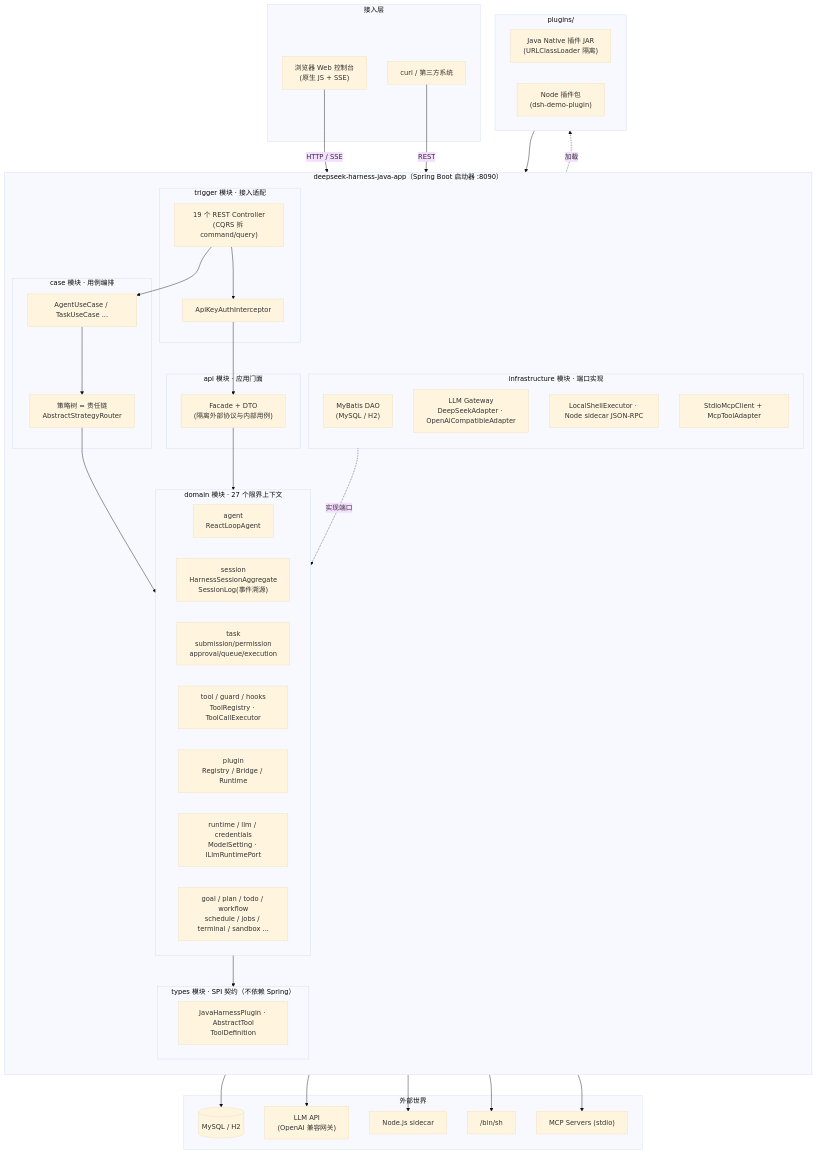
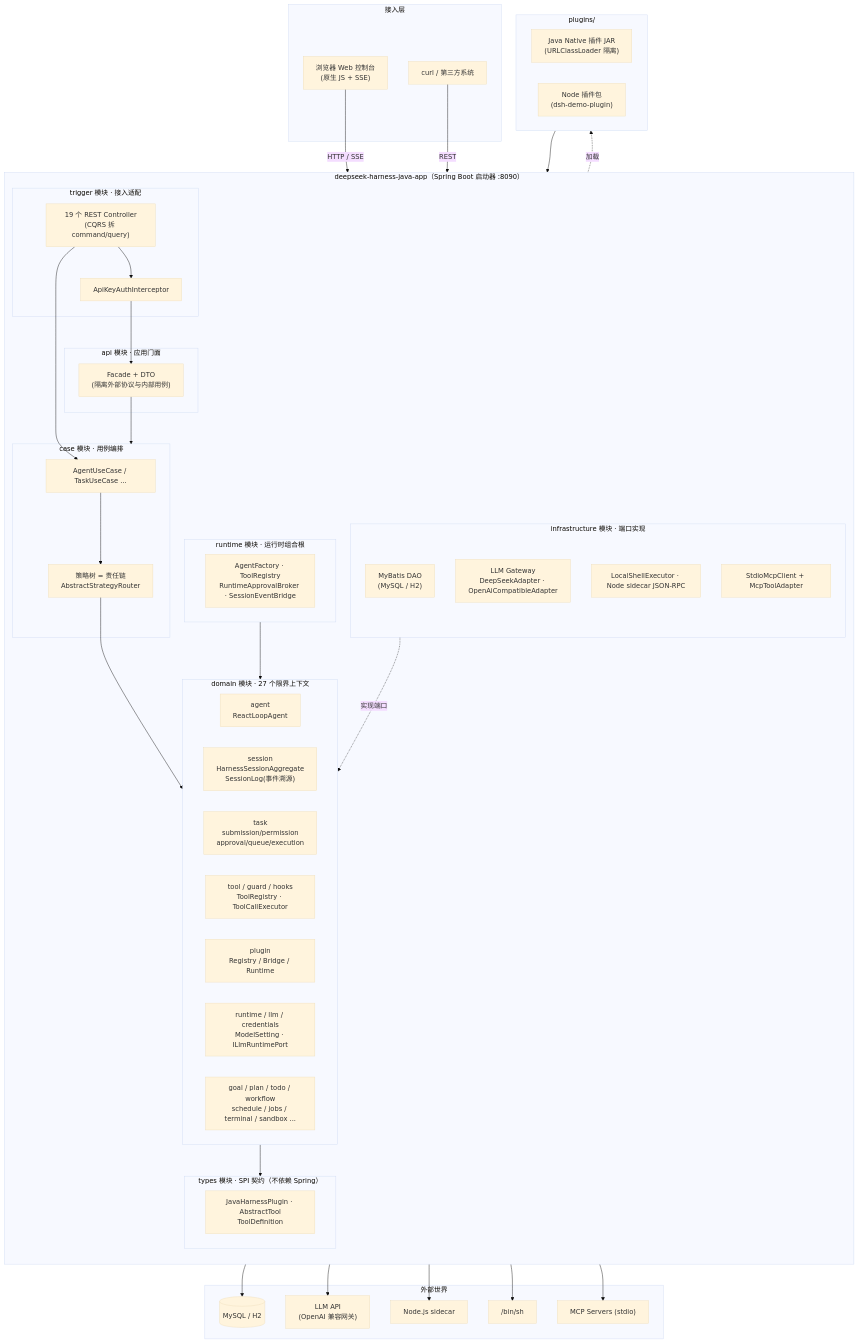
The first of 3 diagrams in README.md (Jaffrey29/XfgHarness), drawn with Mermaid (base theme) before and after one commit. The commit also changed other lines of this file and 354 other files, not shown here.

````diff
--- a/README.md
+++ b/README.md
@@ -224,76 +226,81 @@
 ```mermaid
 flowchart TB
     subgraph Clients["接入层"]
         Browser["浏览器 Web 控制台<br/>(原生 JS + SSE)"]
         Curl["curl / 第三方系统"]
     end
 
     subgraph Host["deepseek-harness-java-app（Spring Boot 启动器 :8090）"]
         direction TB
 
         subgraph Trigger["trigger 模块 · 接入适配"]
             Controllers["19 个 REST Controller<br/>(CQRS 拆 command/query)"]
             Auth["ApiKeyAuthInterceptor"]
+        end
+
+        subgraph Runtime["runtime 模块 · 运行时组合根"]
+            AgentRuntime["AgentFactory · ToolRegistry<br/>RuntimeApprovalBroker · SessionEventBridge"]
         end
 
         subgraph API["api 模块 · 应用门面"]
             Facade["Facade + DTO<br/>(隔离外部协议与内部用例)"]
         end
 
         subgraph Case["case 模块 · 用例编排"]
             UseCase["AgentUseCase / TaskUseCase ..."]
             Strategy["策略树 = 责任链<br/>AbstractStrategyRouter"]
         end
 
         subgraph Domain["domain 模块 · 27 个限界上下文"]
             direction LR
             AgentCore["agent<br/>ReactLoopAgent"]
             SessionD["session<br/>HarnessSessionAggregate<br/>SessionLog(事件溯源)"]
             TaskD["task<br/>submission/permission<br/>approval/queue/execution"]
             ToolD["tool / guard / hooks<br/>ToolRegistry · ToolCallExecutor"]
             PluginD["plugin<br/>Registry / Bridge / Runtime"]
             RuntimeD["runtime / llm / credentials<br/>ModelSetting · ILlmRuntimePort"]
             OtherD["goal / plan / todo / workflow<br/>schedule / jobs / terminal / sandbox ..."]
         end
 
         subgraph Types["types 模块 · SPI 契约（不依赖 Spring）"]
             SPI["JavaHarnessPlugin · AbstractTool<br/>ToolDefinition"]
         end
 
         subgraph Infra["infrastructure 模块 · 端口实现"]
             DAO["MyBatis DAO<br/>(MySQL / H2)"]
             LLMGW["LLM Gateway<br/>DeepSeekAdapter · OpenAiCompatibleAdapter"]
             ExecGW["LocalShellExecutor · Node sidecar JSON-RPC"]
             MCP["StdioMcpClient + McpToolAdapter"]
         end
     end
 
     subgraph External["外部世界"]
         DB[("MySQL / H2")]
         LLM["LLM API<br/>(OpenAI 兼容网关)"]
         Node["Node.js sidecar"]
         Shell["/bin/sh"]
         McpSvr["MCP Servers (stdio)"]
     end
 
     subgraph Plugins["plugins/"]
         JavaJar["Java Native 插件 JAR<br/>(URLClassLoader 隔离)"]
         NodePlugin["Node 插件包<br/>(dsh-demo-plugin)"]
     end
 
     Browser -- "HTTP / SSE" --> Controllers
     Curl -- "REST" --> Controllers
     Controllers --> Auth --> Facade
     Controllers --> UseCase
     UseCase --> Strategy --> Domain
-    Facade --> Domain
+    Facade --> Case
+    Runtime --> Domain
     Infra -.实现端口.-> Domain
     Domain --> Types
     Plugins --> Types
     DAO --> DB
     LLMGW --> LLM
     ExecGW --> Node
     ExecGW --> Shell
     MCP --> McpSvr
     PluginD -.加载.-> Plugins
 ```
````
